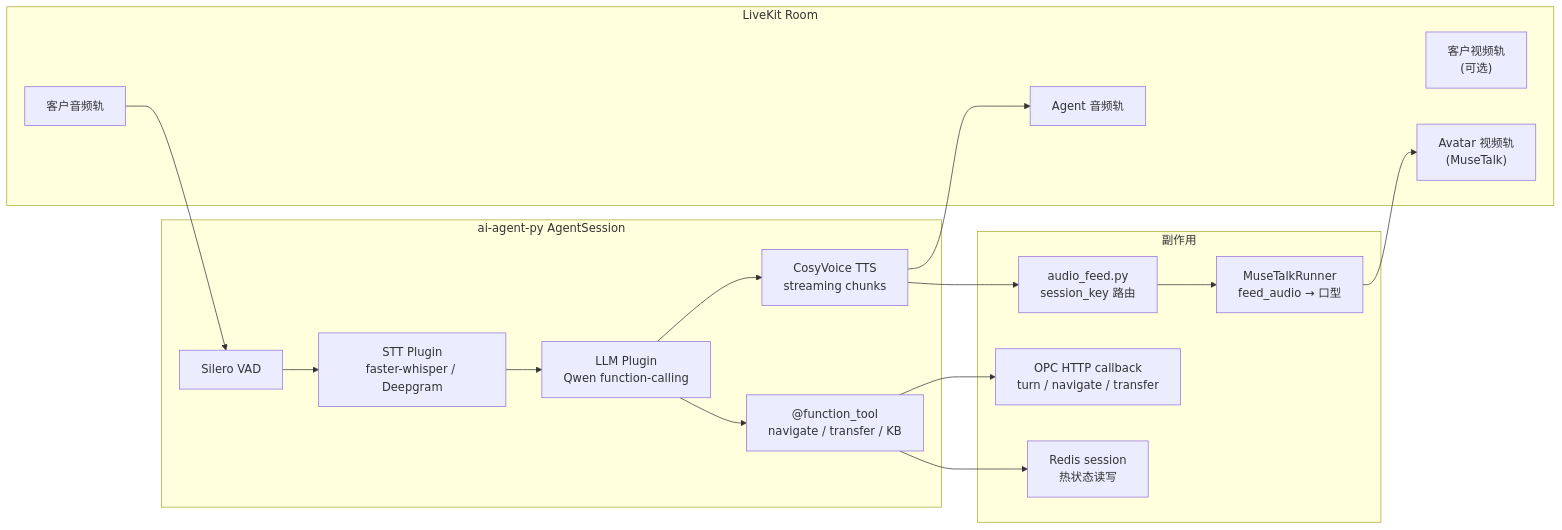
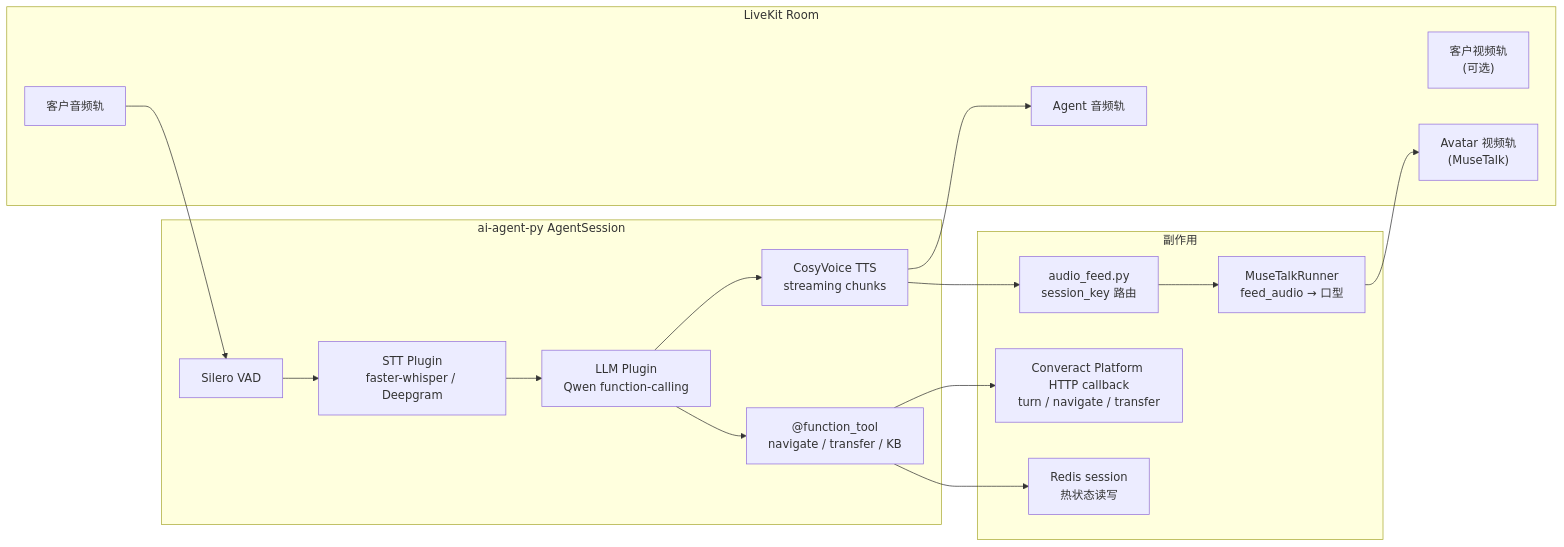
One commit to songgoldenwind-crypto/converact-platform changed the tenth of 16 diagrams in docs/design/super-contact-center-platform-vision.md. Above: the diagram before and after it, drawn with Mermaid. The commit also changed other lines of this file and 1807 other files, not shown here.

````diff
--- a/docs/design/super-contact-center-platform-vision.md
+++ b/docs/design/super-contact-center-platform-vision.md
@@ -1042,30 +1042,30 @@
 ```mermaid
 flowchart LR
   subgraph Room["LiveKit Room"]
     MIC["客户音频轨"]
     CAM["客户视频轨<br/>(可选)"]
     AGT_A["Agent 音频轨"]
     AGT_V["Avatar 视频轨<br/>(MuseTalk)"]
   end
 
   subgraph Pipeline["ai-agent-py AgentSession"]
     VAD["Silero VAD"]
     STT_P["STT Plugin<br/>faster-whisper / Deepgram"]
     LLM_P["LLM Plugin<br/>Qwen function-calling"]
     TTS_P["CosyVoice TTS<br/>streaming chunks"]
     TOOLS["@function_tool<br/>navigate / transfer / KB"]
   end
 
   subgraph SideEffects["副作用"]
     FEED["audio_feed.py<br/>session_key 路由"]
     MT["MuseTalkRunner<br/>feed_audio → 口型"]
-    OPC_CB["OPC HTTP callback<br/>turn / navigate / transfer"]
+    CONVERACT_CB["Converact Platform HTTP callback<br/>turn / navigate / transfer"]
     REDIS_W["Redis session<br/>热状态读写"]
   end
 
   MIC --> VAD --> STT_P --> LLM_P
   LLM_P --> TOOLS
-  TOOLS --> OPC_CB & REDIS_W
+  TOOLS --> CONVERACT_CB & REDIS_W
   LLM_P --> TTS_P --> AGT_A
   TTS_P --> FEED --> MT --> AGT_V
 ```
````
